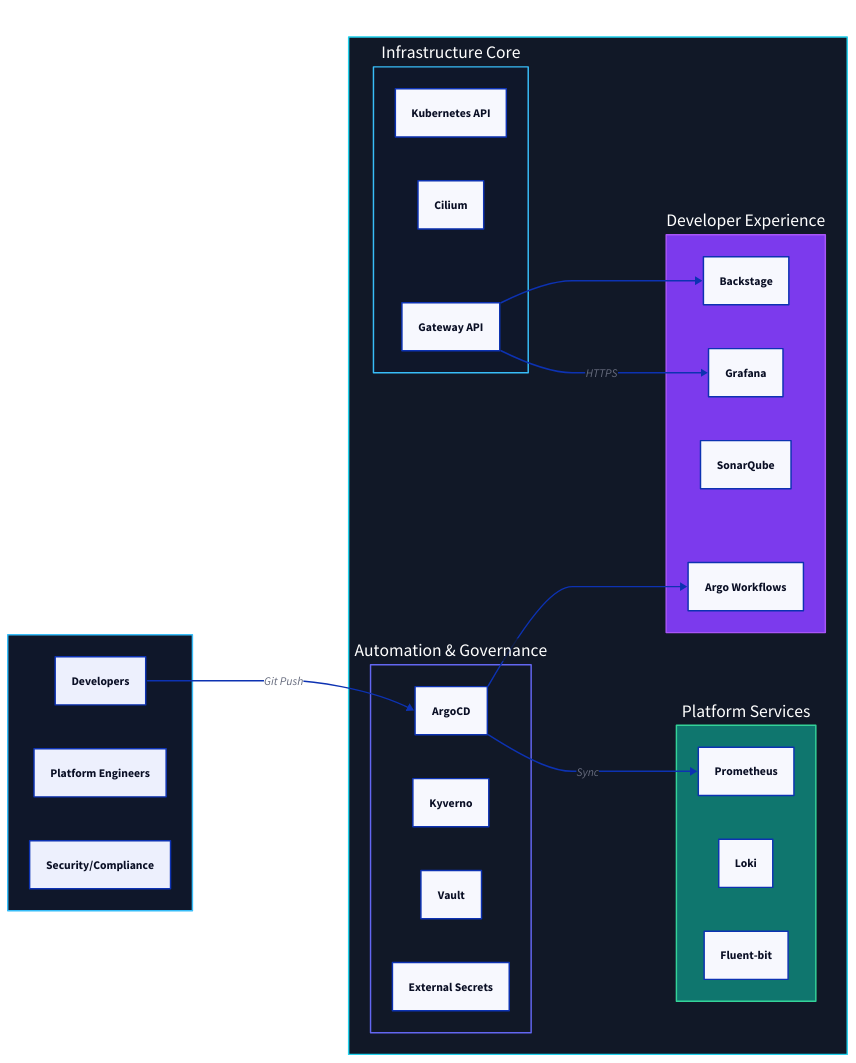
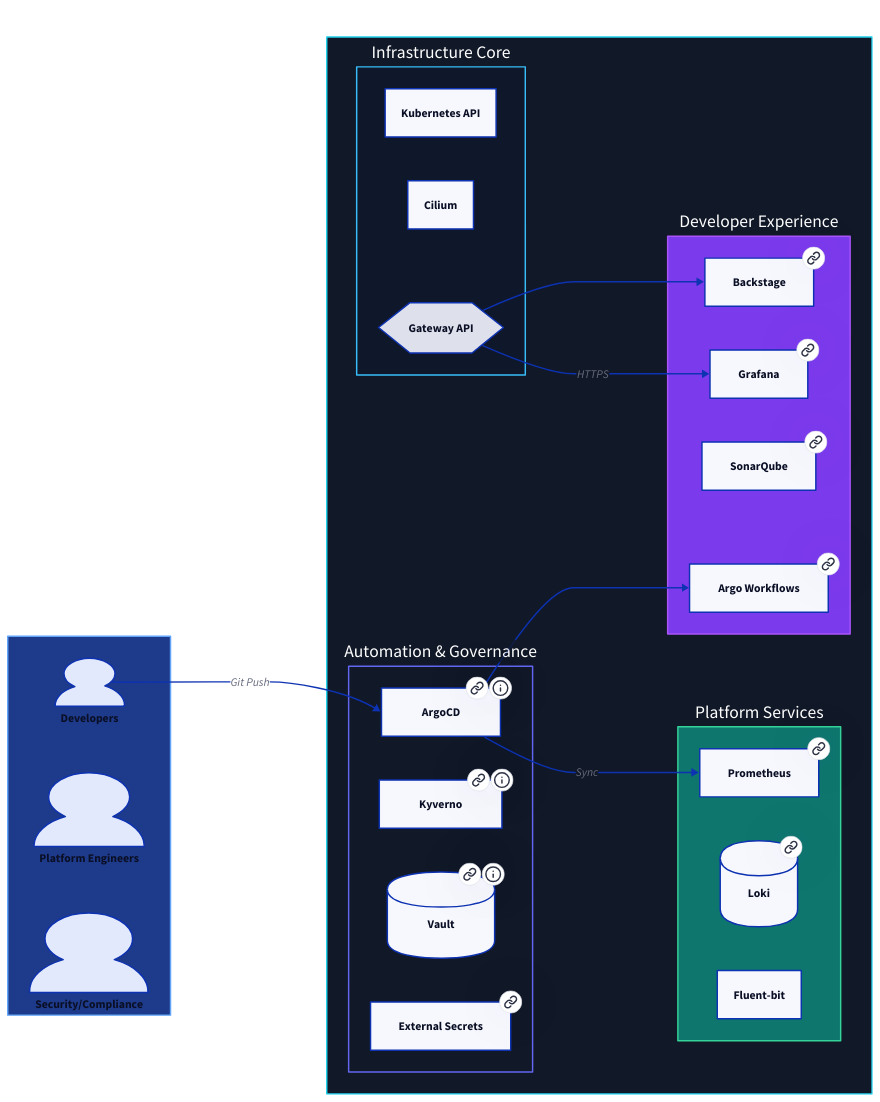
One commit to rou-cru/idp-blueprint changed the diagram in Docs/src/content/docs/index.mdx. Above: the diagram before and after it, drawn with D2. The commit also changed 6 other files, not shown here.

First line of the commit message:
docs: complete D2 diagram improvements and C4 framework coverage

```diff
--- a/Docs/src/content/docs/index.mdx
+++ b/Docs/src/content/docs/index.mdx
@@ -50,7 +50,7 @@
 direction: right
 
 classes: {
-  actors: { style.fill: "#0f172a"; style.font-color: white; style.stroke: "#38bdf8" }
+  actors: { style.fill: "#1e3a8a"; style.font-color: white; style.stroke: "#60a5fa" }
   system: { style.fill: "#111827"; style.font-color: white; style.stroke: "#22d3ee" }
   infra:  { style.fill: "#0f172a"; style.stroke: "#38bdf8"; style.font-color: white }
   gov:    { style.fill: "#111827"; style.stroke: "#6366f1"; style.font-color: white }
@@ -60,9 +60,18 @@
 
 External: {
   class: actors
-  Devs: "Developers"
-  Platform: "Platform Engineers"
-  Security: "Security/Compliance"
+  Devs: {
+    shape: person
+    label: "Developers"
+  }
+  Platform: {
+    shape: person
+    label: "Platform Engineers"
+  }
+  Security: {
+    shape: person
+    label: "Security/Compliance"
+  }
 }
 
 IDP: {
@@ -74,33 +83,74 @@
     label: "Infrastructure Core"
     K8s: "Kubernetes API"
     Cilium
-    Gateway: "Gateway API"
+    Gateway: {
+      label: "Gateway API"
+      shape: hexagon
+    }
   }
 
   Governance: {
     class: gov
     label: "Automation & Governance"
-    Argo: "ArgoCD"
-    Kyverno
-    Vault
-    ESO: "External Secrets"
+    Argo: {
+      label: "ArgoCD"
+      link: https://argo-cd.readthedocs.io
+      tooltip: |md
+        GitOps continuous delivery tool.
+        Automatically syncs Git with cluster state.
+      |
+    }
+    Kyverno: {
+      link: https://kyverno.io
+      tooltip: |md
+        Kubernetes-native policy engine.
+        Validates, mutates, and generates resources.
+      |
+    }
+    Vault: {
+      shape: cylinder
+      link: https://www.vaultproject.io
+      tooltip: |md
+        Secrets management system.
+        Single source of truth for all secrets.
+      |
+    }
+    ESO: {
+      label: "External Secrets"
+      link: https://external-secrets.io
+    }
   }
 
   Services: {
     class: svc
     label: "Platform Services"
-    Prom: "Prometheus"
-    Loki
+    Prom: {
+      label: "Prometheus"
+      link: https://prometheus.io
+    }
+    Loki: {
+      shape: cylinder
+      link: https://grafana.com/oss/loki
+    }
     Fluent: "Fluent-bit"
   }
 
   UX: {
     class: ux
     label: "Developer Experience"
-    Grafana
-    ArgoWorkflows: "Argo Workflows"
-    SonarQube
-    Backstage
+    Grafana: {
+      link: https://grafana.com
+    }
+    ArgoWorkflows: {
+      label: "Argo Workflows"
+      link: https://argoproj.github.io/workflows
+    }
+    SonarQube: {
+      link: https://www.sonarqube.org
+    }
+    Backstage: {
+      link: https://backstage.io
+    }
   }
 }
 
```
